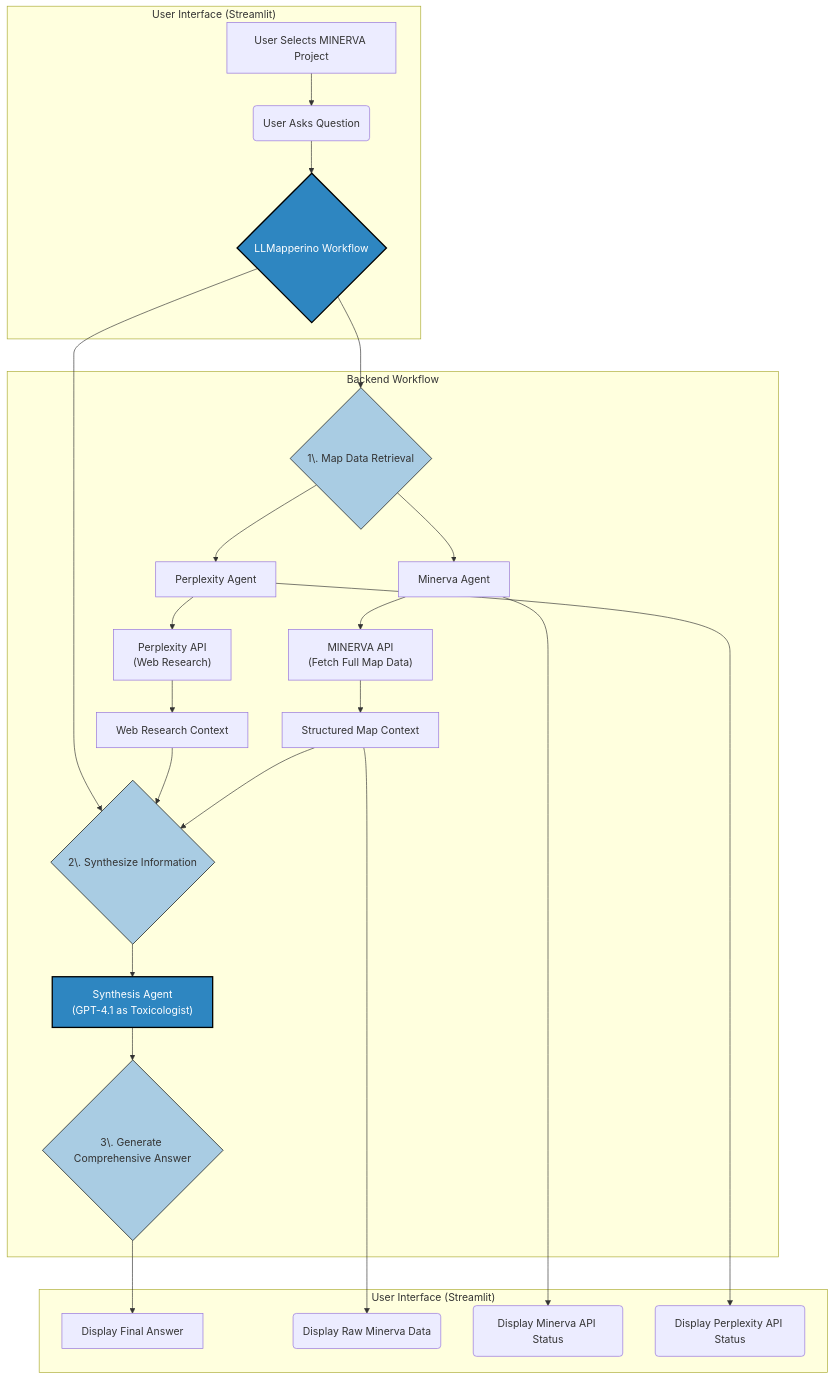
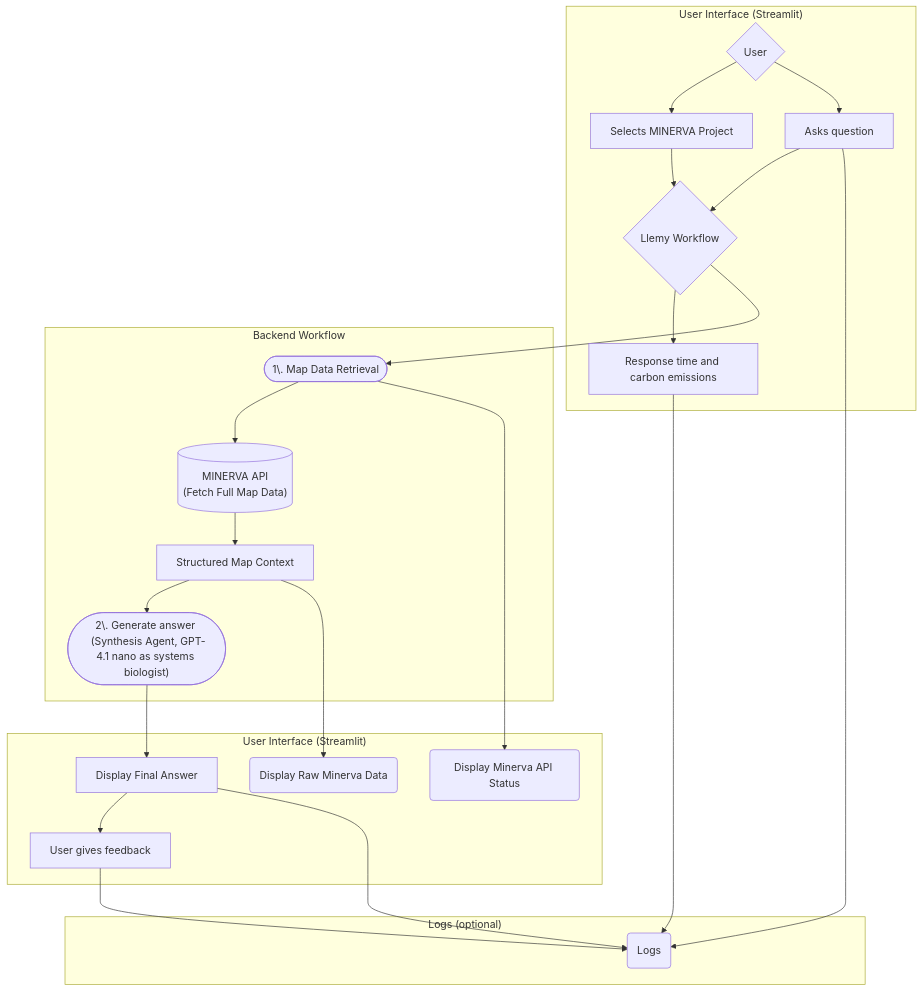
One commit to ontox-project/Llemy changed the diagram in README.md. Above: the diagram before and after it, drawn with Mermaid. The commit also changed other lines of this file and 3 other files, not shown here.

````diff
--- a/README.md
+++ b/README.md
@@ -17,39 +15,33 @@
 ```mermaid
 graph TD
     subgraph "User Interface (Streamlit)"
-        A[User Selects MINERVA Project] --> B;
-        B(User Asks Question) --> C{LLMapperino Workflow};
+        A{User} --> B[Selects MINERVA Project];
+        A{User} --> C[Asks question];
+        B[Selects MINERVA Project] --> D{Llemy Workflow};
+        C[Asks question] --> D{Llemy Workflow};
+        D{Llemy Workflow} --> F[Response time and carbon emissions];
     end
 
     subgraph "Backend Workflow"
-        C --> D{1\. Map Data Retrieval};
-        D --> E[Minerva Agent];
-        D --> F[Perplexity Agent];
+        D --> E([1\. Map Data Retrieval]);
+        E --> H[("MINERVA API <br> (Fetch Full Map Data)")];
 
-        E --> H["MINERVA API <br> (Fetch Full Map Data)"];
         H --> I[Structured Map Context];
 
-        F --> K["Perplexity API <br> (Web Research)"];
-        K --> L[Web Research Context];
-
-        I --> M{2\. Synthesize Information};
-        L --> M;
-        C --> M
-
-        M --> N["Synthesis Agent <br> (GPT-4.1 as Toxicologist)"];
-        N --> O{3\. Generate Comprehensive Answer};
+        I --> O(["2\. Generate answer <br> (Synthesis Agent, GPT-4.1 nano as systems biologist)"]);
     end
 
     subgraph "User Interface (Streamlit)"
-        O --> P[Display Final Answer];
+        O --> P(Display Final Answer);
         I --> Q(Display Raw Minerva Data);
         E --> R(Display Minerva API Status);
-        F --> S(Display Perplexity API Status);
+        P(Display Final Answer) --> S[User gives feedback];
     end
 
-    style C fill:#2E86C1,stroke:#000,stroke-width:2px,color:#fff
-    style N fill:#2E86C1,stroke:#000,stroke-width:2px,color:#fff
-    style D fill:#A9CCE3,stroke:#000
-    style M fill:#A9CCE3,stroke:#000
-    style O fill:#A9CCE3,stroke:#000
+    subgraph "Logs (optional)"
+        S[User gives feedback] --> T(Logs);
+        C[Asks question] --> T(Logs);
+        P[Display Final Answer] --> T(Logs);
+        F[Response time and carbon emissions] --> T(Logs);
+    end
 ```
````
